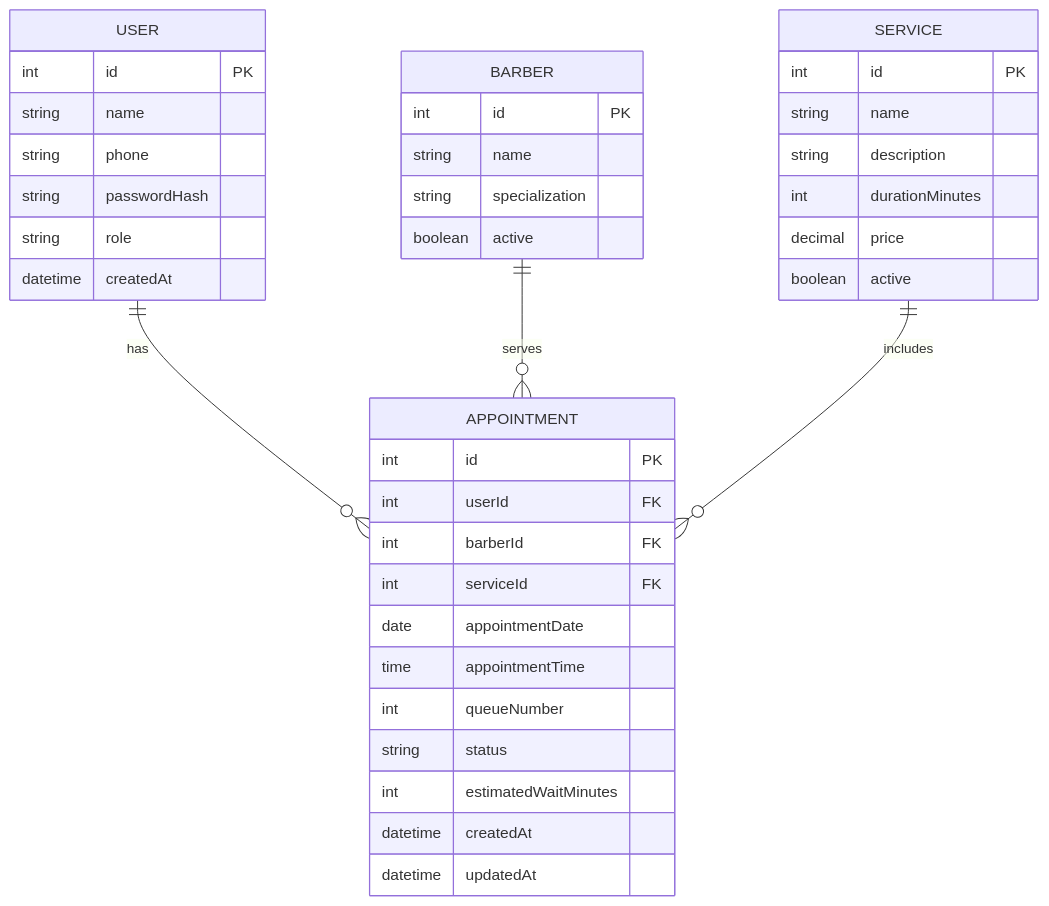
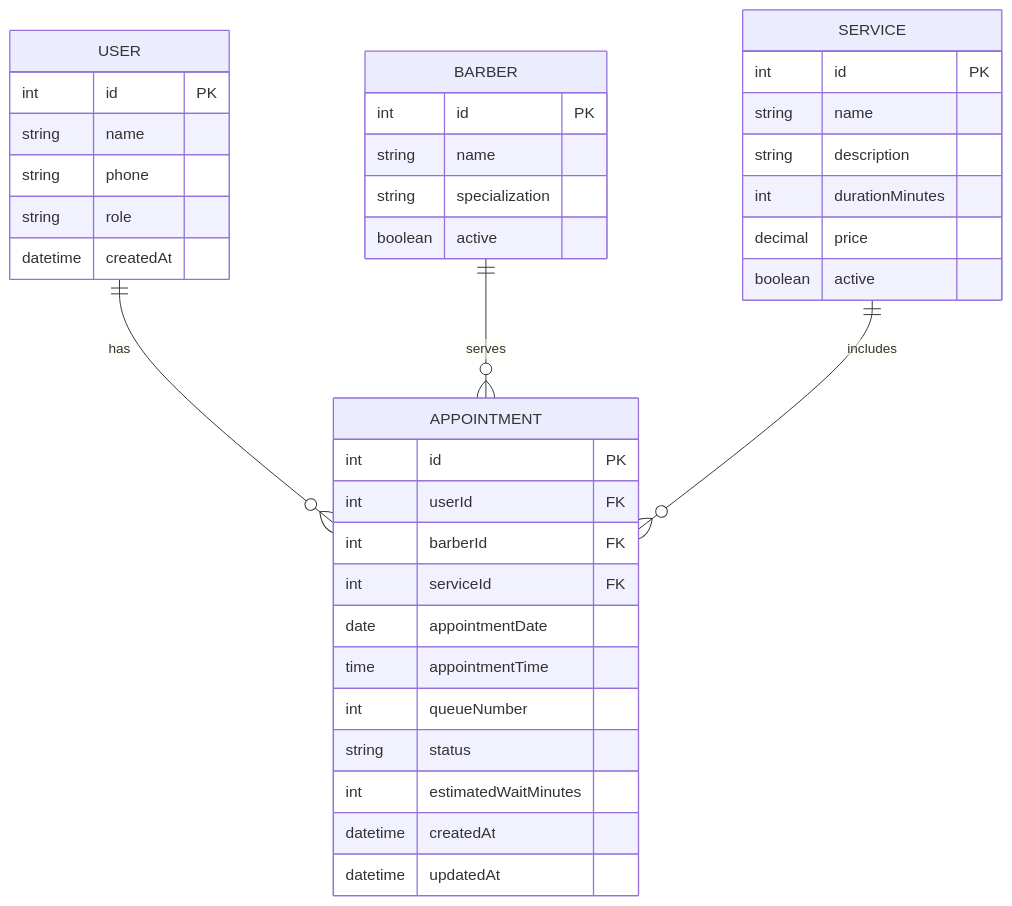
One commit to ajanani416-rgb/Capstone changed the diagram in docs/diagrams/er-diagram.mmd. Above: the diagram before and after it, drawn with Mermaid. The commit also changed 31 other files, not shown here.

```diff
--- a/docs/diagrams/er-diagram.mmd
+++ b/docs/diagrams/er-diagram.mmd
@@ -1,40 +1,39 @@
 erDiagram
     USER {
         int id PK
         string name
         string phone
-        string passwordHash
         string role
         datetime createdAt
     }
     SERVICE {
         int id PK
         string name
         string description
         int durationMinutes
         decimal price
         boolean active
     }
     BARBER {
         int id PK
         string name
         string specialization
         boolean active
     }
     APPOINTMENT {
         int id PK
         int userId FK
         int barberId FK
         int serviceId FK
         date appointmentDate
         time appointmentTime
         int queueNumber
         string status
         int estimatedWaitMinutes
         datetime createdAt
         datetime updatedAt
     }
 
     USER ||--o{ APPOINTMENT : "has"
     BARBER ||--o{ APPOINTMENT : "serves"
     SERVICE ||--o{ APPOINTMENT : "includes"
```
